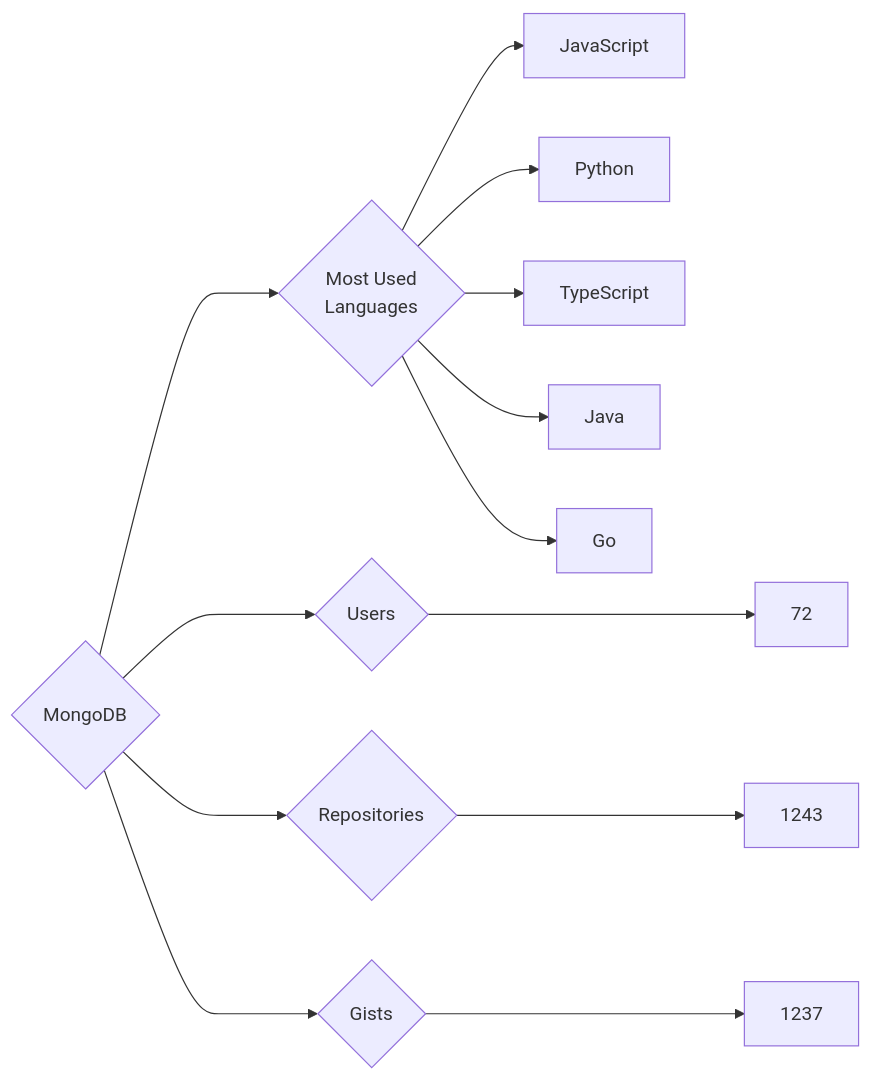
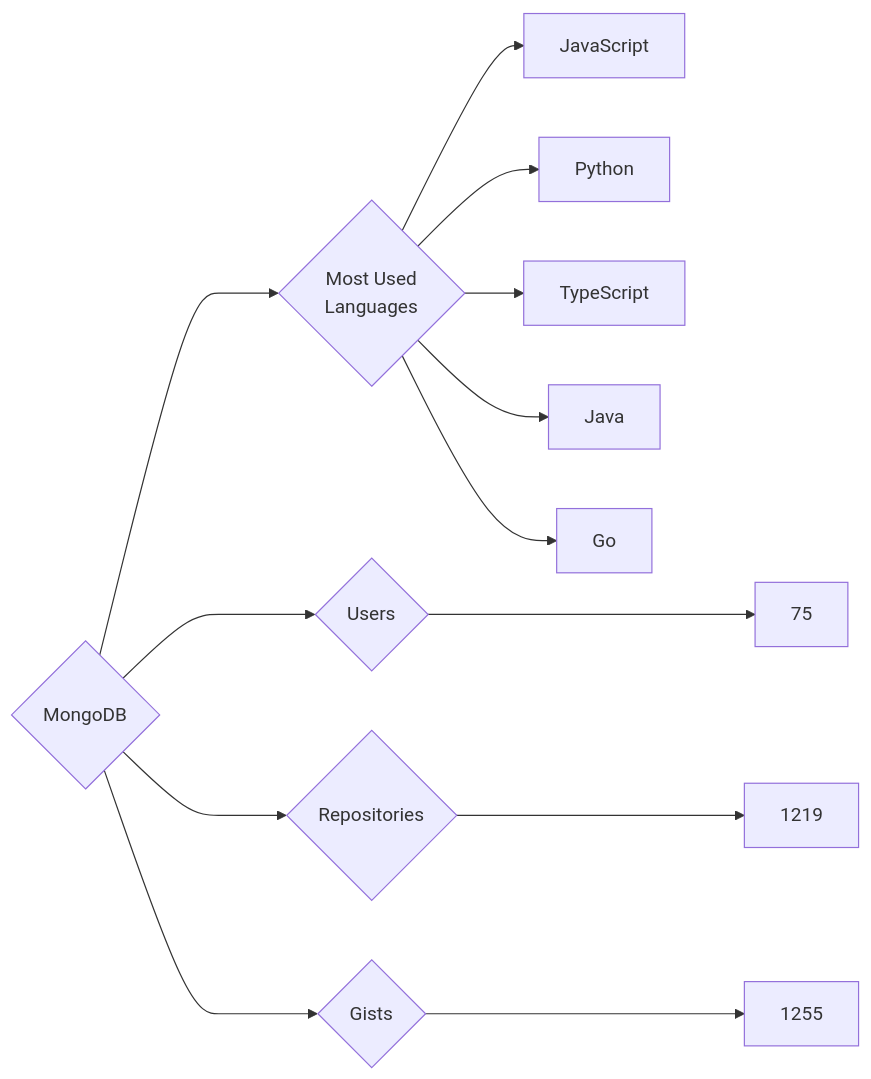
The diagram in targets/MongoDB/README.md (trickest/insiders), drawn with Mermaid before and after one commit. The commit also changed 833 other files, not shown here.

````diff
--- a/targets/MongoDB/README.md
+++ b/targets/MongoDB/README.md
@@ -3,13 +3,13 @@
 ```mermaid
 graph LR
 COMPANY_NAME{MongoDB}
-COMPANY_NAME ---> U{Users} ---> UN[72]
-COMPANY_NAME ---> R{Repositories} ---> RN[1243]
-COMPANY_NAME ---> G{Gists} ---> GN[1237]
+COMPANY_NAME ---> U{Users} ---> UN[75]
+COMPANY_NAME ---> R{Repositories} ---> RN[1219]
+COMPANY_NAME ---> G{Gists} ---> GN[1255]
 COMPANY_NAME ---> ML{Most Used<br>Languages}
 ML --> JavaScript[JavaScript]
 ML --> Python[Python]
 ML --> TypeScript[TypeScript]
 ML --> Java[Java]
 ML --> Go[Go]
 ```
````
